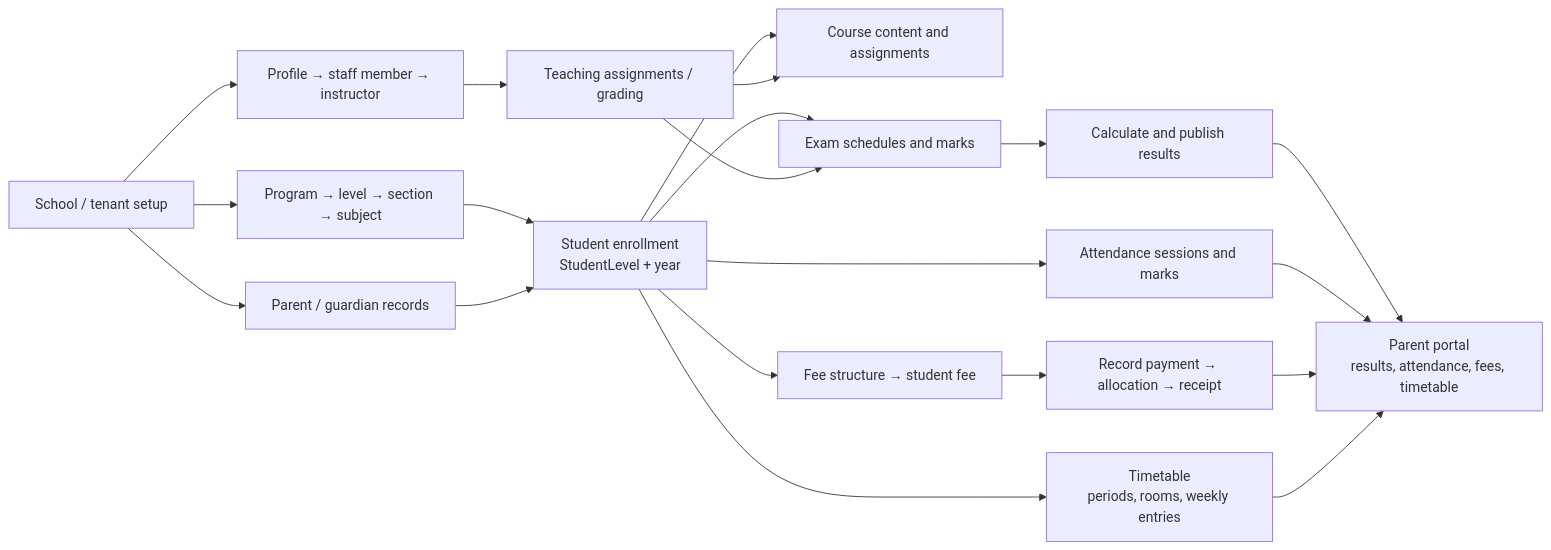
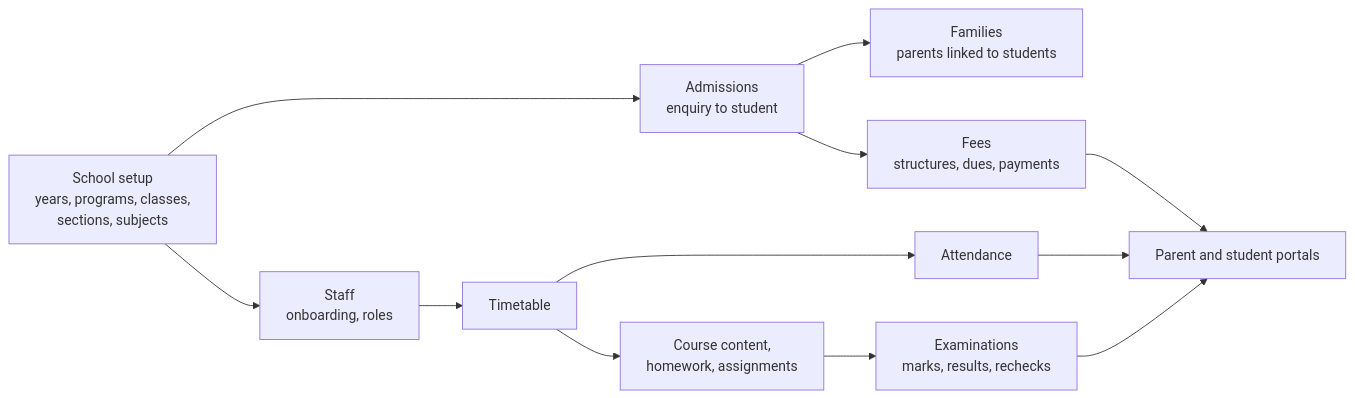
The second of 10 diagrams in SYSTEM_ARCHITECTURE_AND_MODULE_WORKFLOWS.md (niddanamohansps-hue/Mocha-Edu), drawn with Mermaid before and after one commit. The commit also changed other lines of this file and 1 other file, not shown here.

First line of the commit message:
docs(architecture): bring the architecture document up to date with the code

````diff
--- a/SYSTEM_ARCHITECTURE_AND_MODULE_WORKFLOWS.md
+++ b/SYSTEM_ARCHITECTURE_AND_MODULE_WORKFLOWS.md
@@ -52,22 +59,14 @@
 ```mermaid
 flowchart LR
-    Setup["School / tenant setup"] --> Academic["Program → level → section → subject"]
-    Setup --> Staff["Profile → staff member → instructor"]
-    Setup --> Family["Parent / guardian records"]
-    Academic --> Enroll["Student enrollment<br/>StudentLevel + year"]
-    Family --> Enroll
-    Enroll --> Timetable["Timetable<br/>periods, rooms, weekly entries"]
-    Enroll --> Attendance["Attendance sessions and marks"]
-    Enroll --> LMS["Course content and assignments"]
-    Enroll --> Exams["Exam schedules and marks"]
-    Exams --> Results["Calculate and publish results"]
-    Enroll --> Fees["Fee structure → student fee"]
-    Fees --> Payment["Record payment → allocation → receipt"]
-    Results --> ParentPortal["Parent portal<br/>results, attendance, fees, timetable"]
-    Attendance --> ParentPortal
-    Payment --> ParentPortal
-    Timetable --> ParentPortal
-    Staff --> Teaching["Teaching assignments / grading"]
-    Teaching --> LMS
-    Teaching --> Exams
+    Setup["School setup<br/>years, programs, classes,<br/>sections, subjects"] --> Admit["Admissions<br/>enquiry to student"]
+    Setup --> Staff["Staff<br/>onboarding, roles"]
+    Admit --> Family["Families<br/>parents linked to students"]
+    Staff --> Time["Timetable"]
+    Time --> Att["Attendance"]
+    Admit --> Fees["Fees<br/>structures, dues, payments"]
+    Time --> Learn["Course content,<br/>homework, assignments"]
+    Learn --> Exams["Examinations<br/>marks, results, rechecks"]
+    Att --> Portal["Parent and student portals"]
+    Exams --> Portal
+    Fees --> Portal
 ```
````
